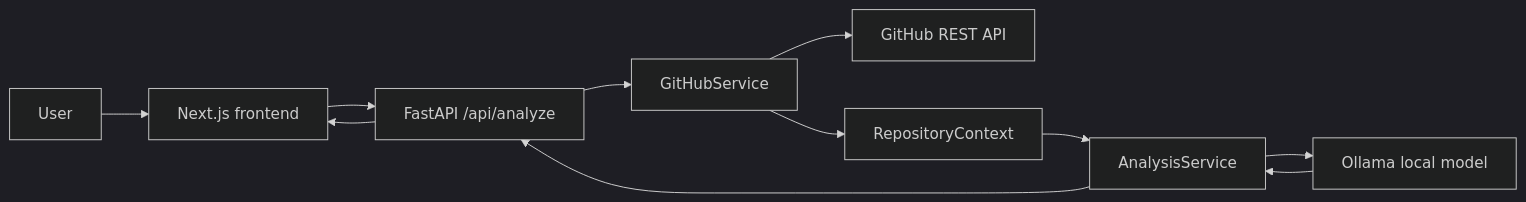
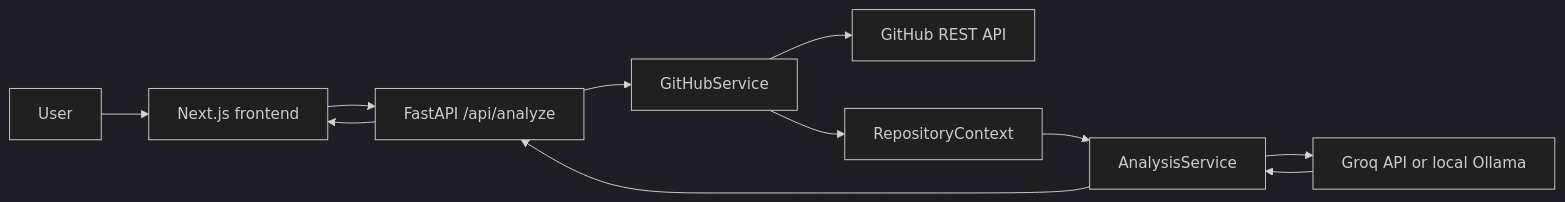
One commit to insikizi23/repo-lens changed the diagram in README.md. Above: the diagram before and after it, drawn with Mermaid (dark theme). The commit also changed other lines of this file, not shown here.

````diff
--- a/README.md
+++ b/README.md
@@ -15,13 +19,13 @@
 ```mermaid
 flowchart LR
     U[User] --> F[Next.js frontend]
     F --> A[FastAPI /api/analyze]
     A --> G[GitHubService]
     G --> GH[GitHub REST API]
     G --> C[RepositoryContext]
     C --> S[AnalysisService]
-    S --> O[Ollama local model]
-    O --> S
+    S --> P[Groq API or local Ollama]
+    P --> S
     S --> A
     A --> F
 ```
````
